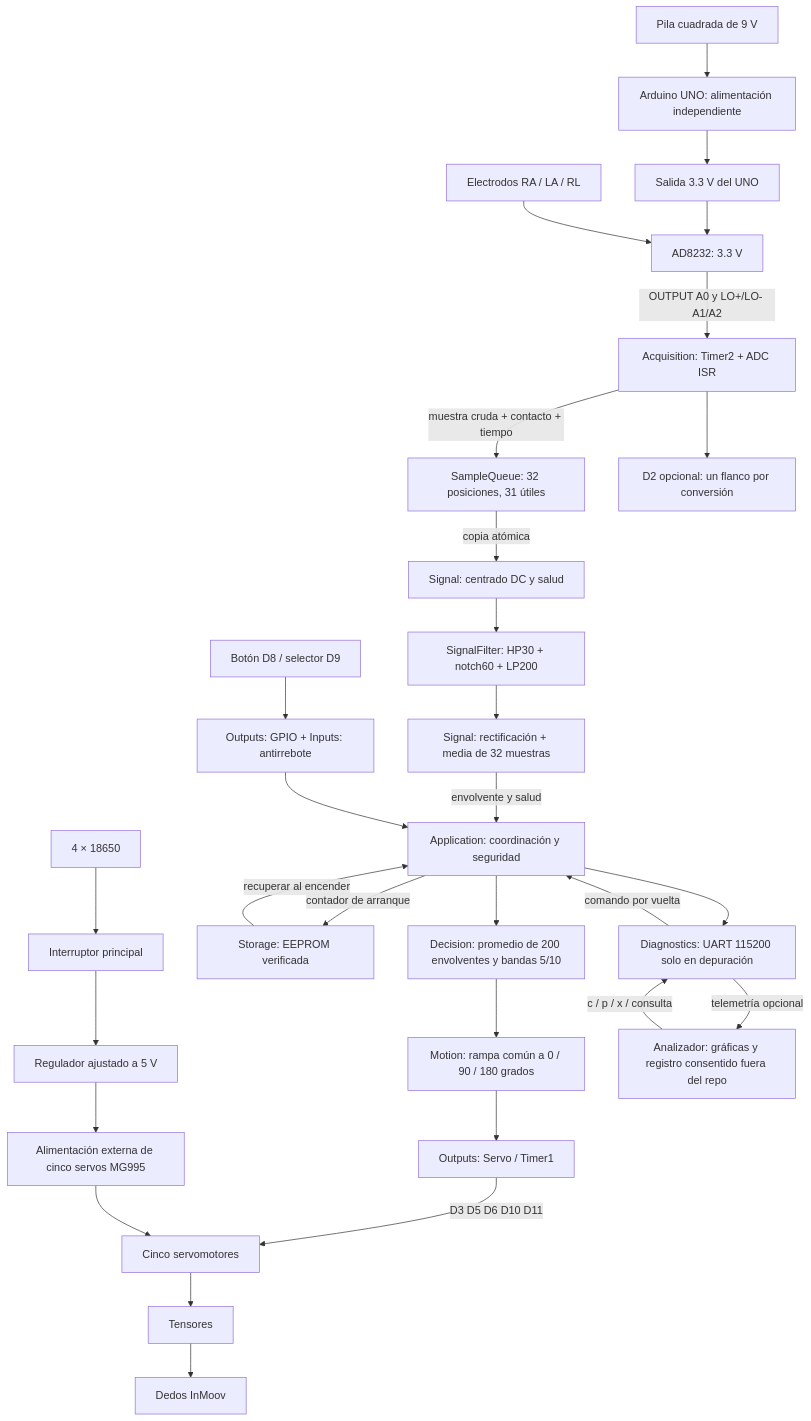
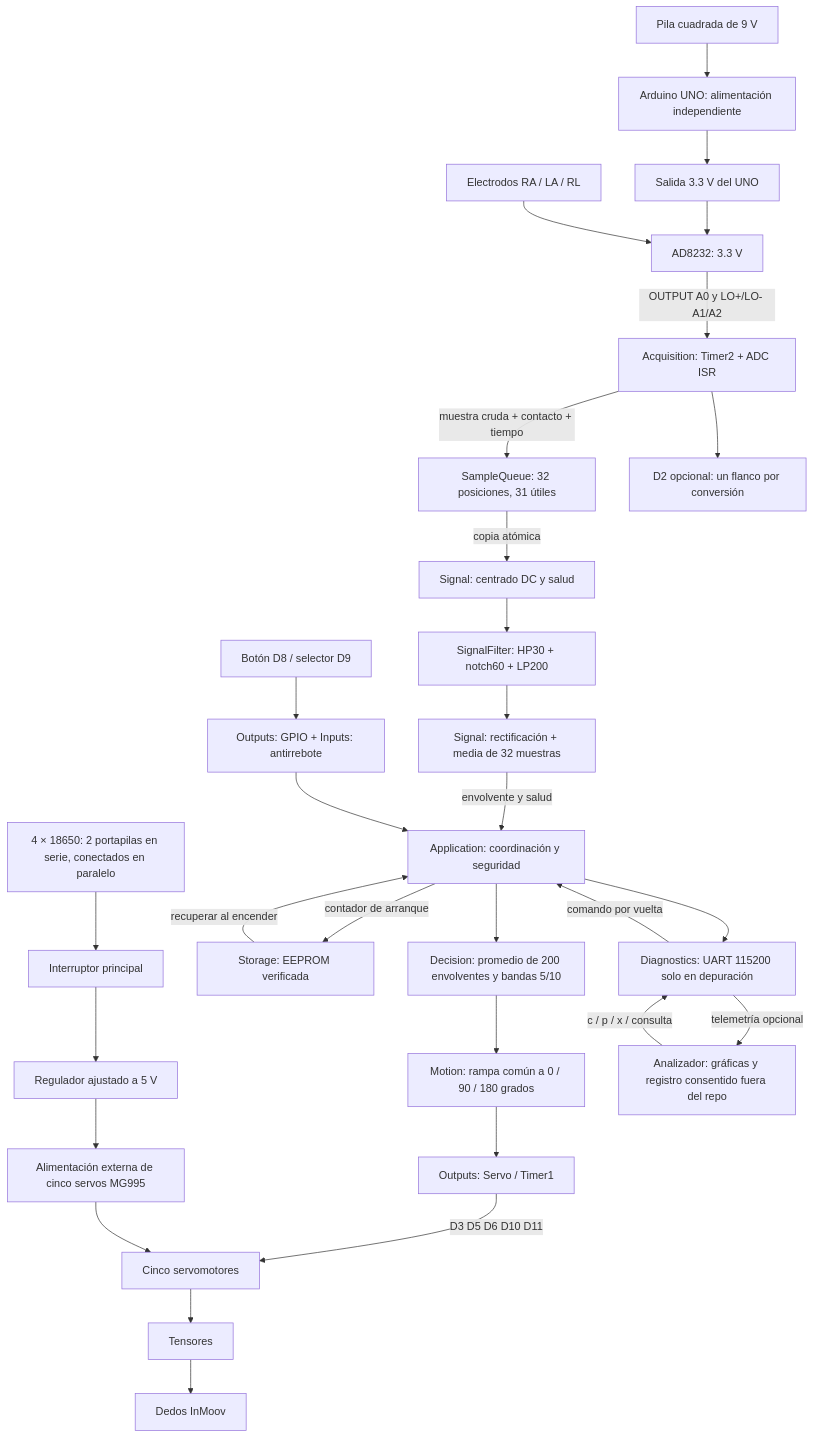
Before and after one commit to onofrela/fse-proyecto-brazo-bionico: the diagram in docs/arquitectura.md, drawn with Mermaid. The commit also changed 4 other files, not shown here.

````diff
--- a/docs/arquitectura.md
+++ b/docs/arquitectura.md
@@ -5,32 +5,32 @@
 ```mermaid
 flowchart TD
-    BAT[4 × 18650] --> SW[Interruptor principal]
+    BAT[4 × 18650: 2 portapilas en serie, conectados en paralelo] --> SW[Interruptor principal]
     SW --> REGS[Regulador ajustado a 5 V]
     REGS --> POWER[Alimentación externa de cinco servos MG995]
     PILA[Pila cuadrada de 9 V] --> MCU[Arduino UNO: alimentación independiente]
     MCU --> REG[Salida 3.3 V del UNO]
     REG --> SENSOR[AD8232: 3.3 V]
     ELECT[Electrodos RA / LA / RL] --> SENSOR
     SENSOR -->|OUTPUT A0 y LO+/LO- A1/A2| ADC[Acquisition: Timer2 + ADC ISR]
     ADC -->|muestra cruda + contacto + tiempo| QUEUE[SampleQueue: 32 posiciones, 31 útiles]
     QUEUE -->|copia atómica| DC[Signal: centrado DC y salud]
     DC --> FILTER[SignalFilter: HP30 + notch60 + LP200]
     FILTER --> ENV[Signal: rectificación + media de 32 muestras]
     ENV -->|envolvente y salud| APP[Application: coordinación y seguridad]
     BUTTON[Botón D8 / selector D9] --> INPUT[Outputs: GPIO + Inputs: antirrebote]
     INPUT --> APP
     APP -->|contador de arranque| STORE[Storage: EEPROM verificada]
     STORE -->|recuperar al encender| APP
     APP --> DEC[Decision: promedio de 200 envolventes y bandas 5/10]
     DEC --> MOTION[Motion: rampa común a 0 / 90 / 180 grados]
     MOTION --> OUT[Outputs: Servo / Timer1]
     OUT -->|D3 D5 D6 D10 D11| SERVOS[Cinco servomotores]
     POWER --> SERVOS
     SERVOS --> TENDON[Tensores]
     TENDON --> HAND[Dedos InMoov]
     APP --> DIAG[Diagnostics: UART 115200 solo en depuración]
     DIAG -->|telemetría opcional| PC[Analizador: gráficas y registro consentido fuera del repo]
     PC -->|c / p / x / consulta| DIAG
     DIAG -->|comando por vuelta| APP
     ADC --> PROBE[D2 opcional: un flanco por conversión]
 ```
````
